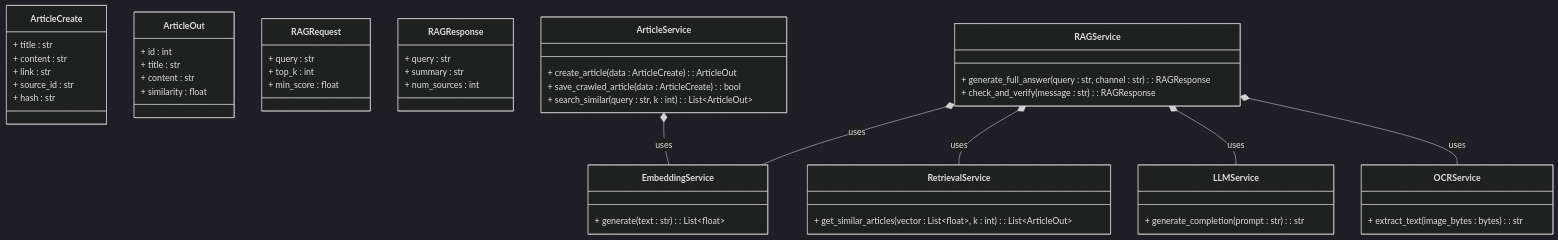
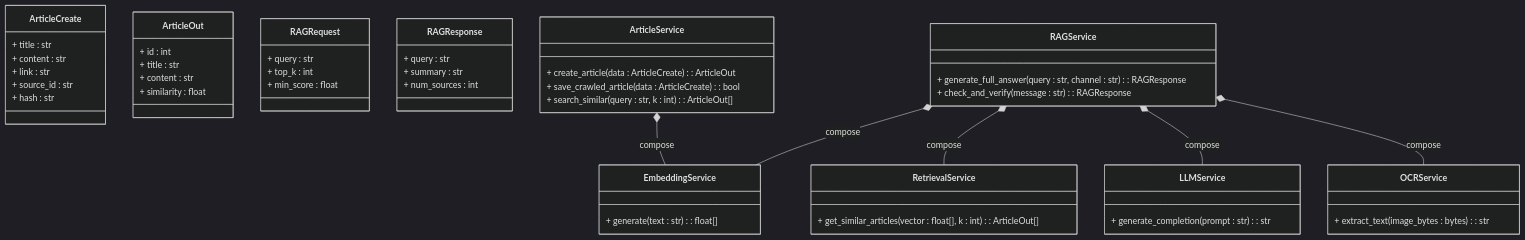
One commit to rooneyi/rdc-news-intelligence changed the fifth of 9 diagrams in ai-service/docs/Chapitre_3_Redaction.md. Above: the diagram before and after it, drawn with Mermaid (dark theme). The commit also changed other lines of this file and 24 other files, not shown here.

````diff
--- a/ai-service/docs/Chapitre_3_Redaction.md
+++ b/ai-service/docs/Chapitre_3_Redaction.md
@@ -217,62 +176,63 @@
 ```mermaid
 classDiagram
+    direction TB
     class ArticleCreate {
         + title : str
         + content : str
         + link : str
         + source_id : str
         + hash : str
     }
 
     class ArticleOut {
         + id : int
         + title : str
         + content : str
         + similarity : float
     }
 
     class RAGRequest {
         + query : str
         + top_k : int
         + min_score : float
     }
 
     class RAGResponse {
         + query : str
         + summary : str
         + num_sources : int
     }
 
     class ArticleService {
         + create_article(data : ArticleCreate) : ArticleOut
         + save_crawled_article(data : ArticleCreate) : bool
-        + search_similar(query : str, k : int) : List~ArticleOut~
+        + search_similar(query : str, k : int) : ArticleOut[]
     }
 
     class EmbeddingService {
-        + generate(text : str) : List~float~
+        + generate(text : str) : float[]
     }
 
     class RetrievalService {
-        + get_similar_articles(vector : List~float~, k : int) : List~ArticleOut~
+        + get_similar_articles(vector : float[], k : int) : ArticleOut[]
     }
 
     class RAGService {
         + generate_full_answer(query : str, channel : str) : RAGResponse
         + check_and_verify(message : str) : RAGResponse
     }
 
     class LLMService {
         + generate_completion(prompt : str) : str
     }
 
     class OCRService {
         + extract_text(image_bytes : bytes) : str
     }
 
-    ArticleService *-- EmbeddingService : uses
-    RAGService *-- EmbeddingService : uses
-    RAGService *-- RetrievalService : uses
-    RAGService *-- LLMService : uses
-    RAGService *-- OCRService : uses
+    ArticleService *-- EmbeddingService : compose
+    RAGService *-- EmbeddingService : compose
+    RAGService *-- RetrievalService : compose
+    RAGService *-- LLMService : compose
+    RAGService *-- OCRService : compose
 ```
````
